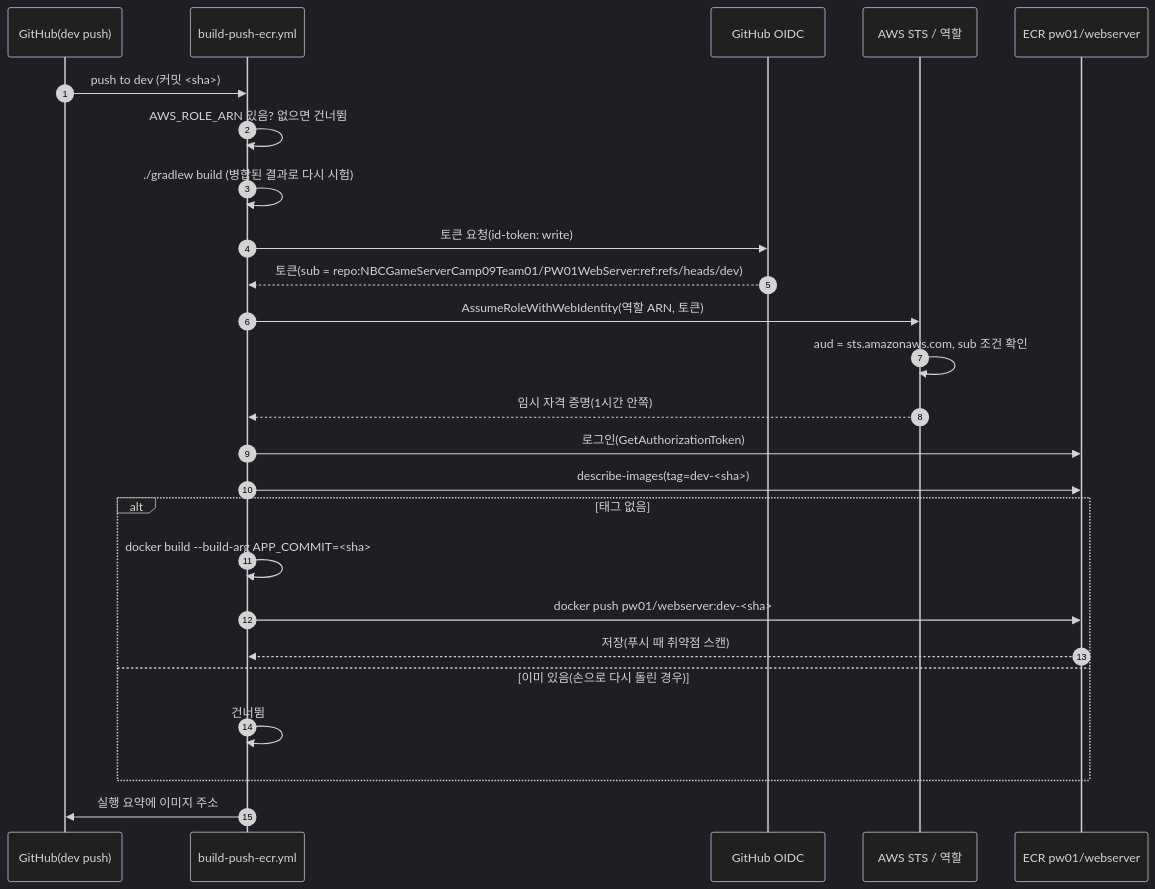
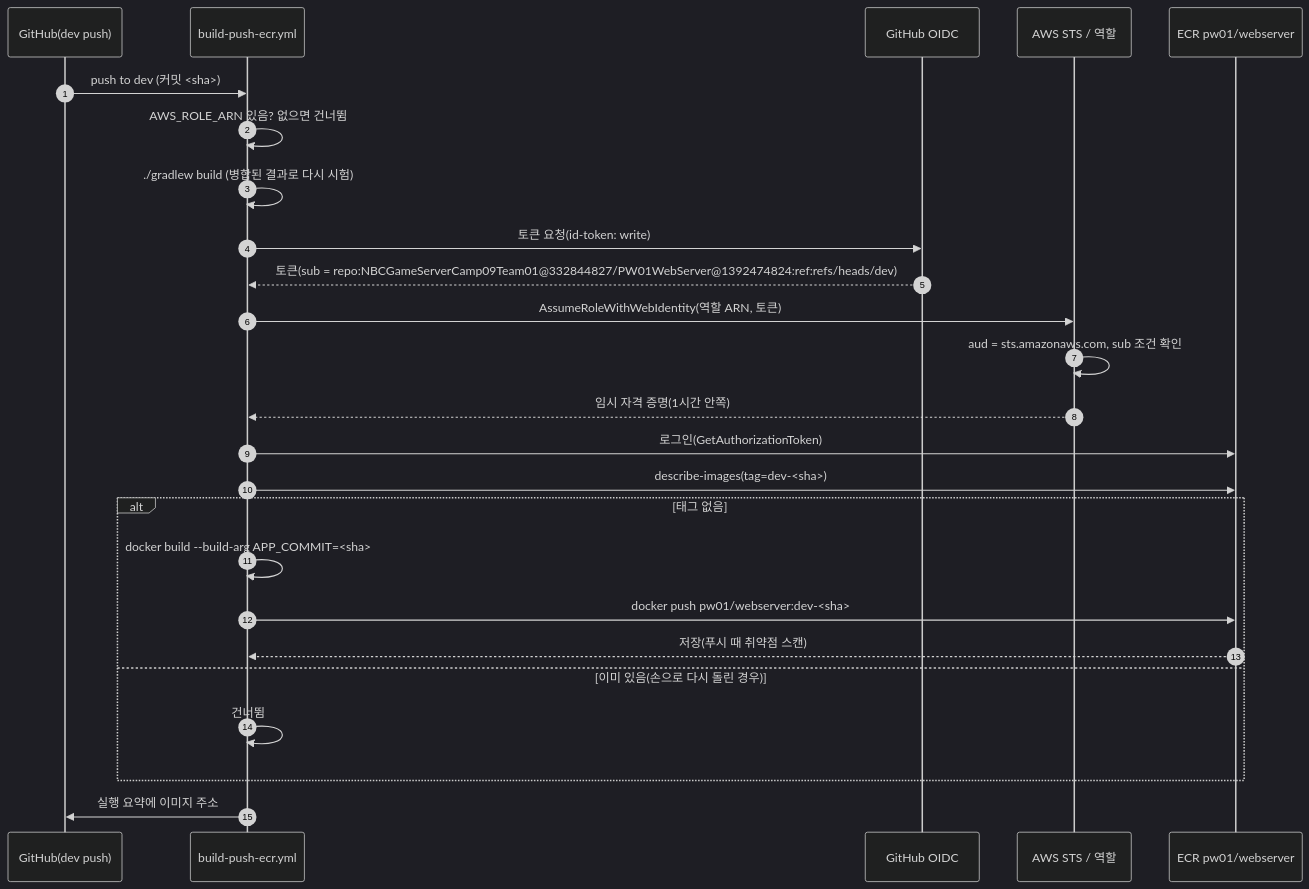
The second of 3 diagrams in docs/flows/deploy.md (NBCGameServerCamp09Team01/PW01), drawn with Mermaid (dark theme) before and after one commit. The commit also changed other lines of this file, not shown here.

Commit message:
docs: 배포 흐름의 OIDC sub 값을 불변(Immutable) 내용으로 수정

````diff
--- a/docs/flows/deploy.md
+++ b/docs/flows/deploy.md
@@ -44,28 +44,28 @@
 ```mermaid
 sequenceDiagram
   autonumber
   participant GH as GitHub(dev push)
   participant IM as build-push-ecr.yml
   participant OIDC as GitHub OIDC
   participant STS as AWS STS / 역할
   participant ECR as ECR pw01/webserver
 
   GH->>IM: push to dev (커밋 <sha>)
   IM->>IM: AWS_ROLE_ARN 있음? 없으면 건너뜀
   IM->>IM: ./gradlew build (병합된 결과로 다시 시험)
   IM->>OIDC: 토큰 요청(id-token: write)
-  OIDC-->>IM: 토큰(sub = repo:NBCGameServerCamp09Team01/PW01WebServer:ref:refs/heads/dev)
+  OIDC-->>IM: 토큰(sub = repo:NBCGameServerCamp09Team01@332844827/PW01WebServer@1392474824:ref:refs/heads/dev)
   IM->>STS: AssumeRoleWithWebIdentity(역할 ARN, 토큰)
   STS->>STS: aud = sts.amazonaws.com, sub 조건 확인
   STS-->>IM: 임시 자격 증명(1시간 안쪽)
   IM->>ECR: 로그인(GetAuthorizationToken)
   IM->>ECR: describe-images(tag=dev-<sha>)
   alt 태그 없음
     IM->>IM: docker build --build-arg APP_COMMIT=<sha>
     IM->>ECR: docker push pw01/webserver:dev-<sha>
     ECR-->>IM: 저장(푸시 때 취약점 스캔)
   else 이미 있음(손으로 다시 돌린 경우)
     IM->>IM: 건너뜀
   end
   IM->>GH: 실행 요약에 이미지 주소
 ```
````
